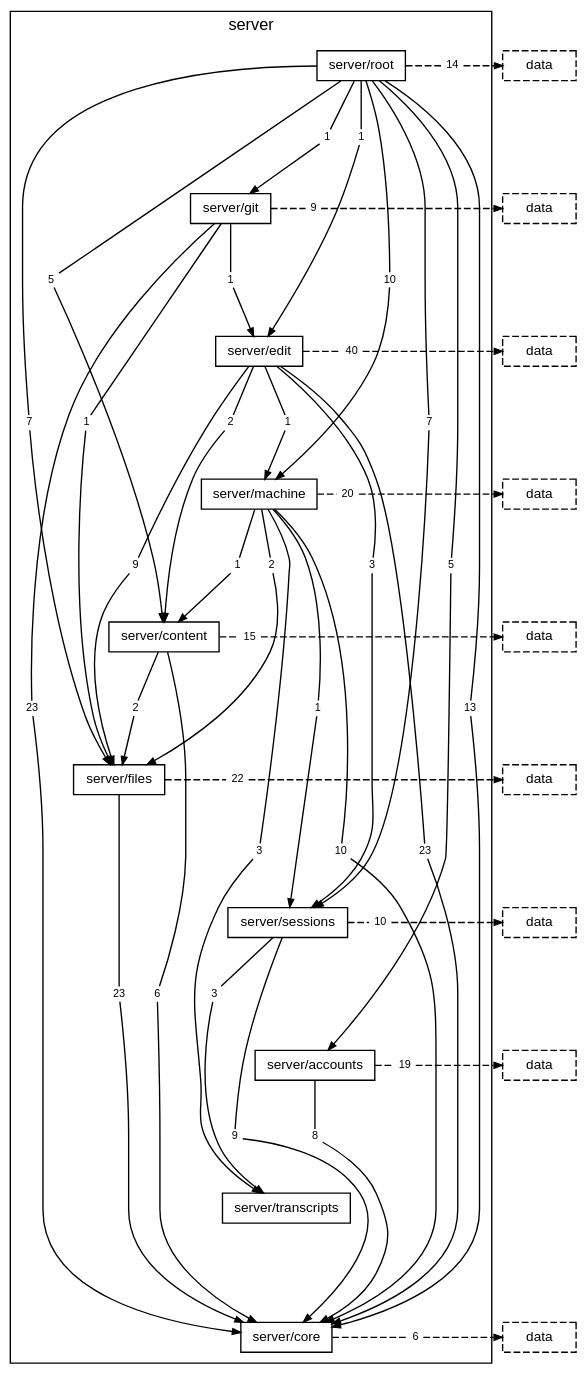
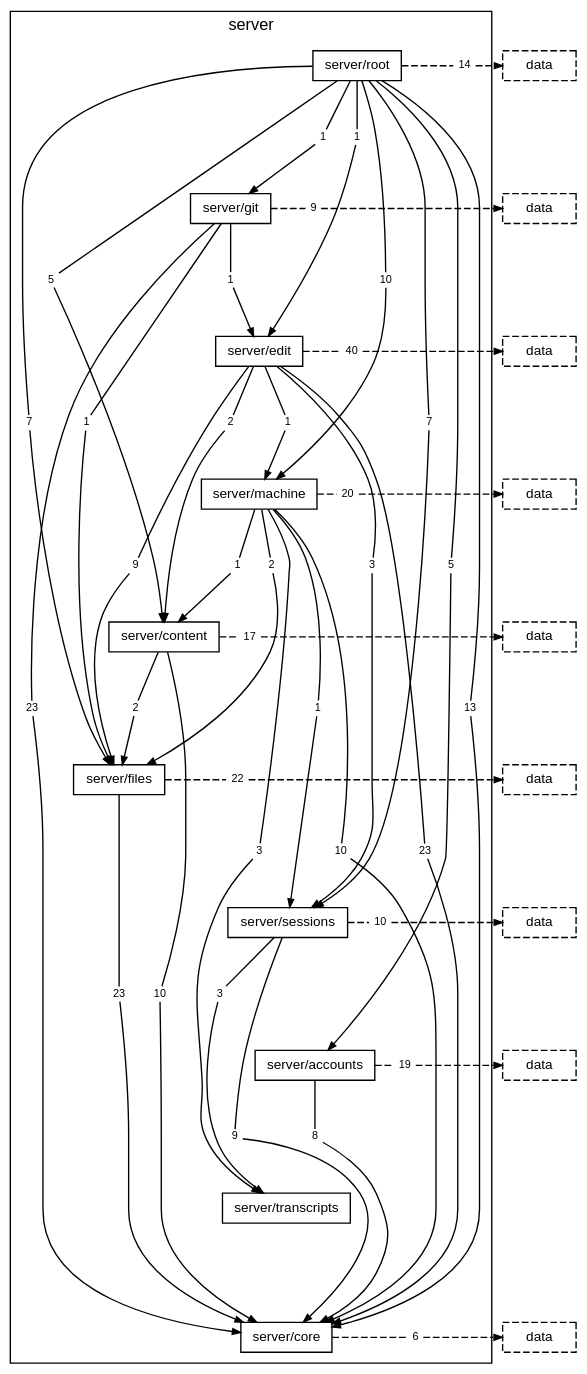
The diagram in docs/diagrams/layer-server.dot (TheAxeC/oculus), drawn with Graphviz before and after one commit. The commit also changed 100 other files, not shown here.

```diff
--- a/docs/diagrams/layer-server.dot
+++ b/docs/diagrams/layer-server.dot
@@ -39,9 +39,9 @@
         "folder server/machine to folder server/sessions" [label="1", shape=box, color="transparent", fontsize=8, width=0, height=0, margin="0.04,0.02"];
         "folder server/machine to folder server/transcripts" [label="3", shape=box, color="transparent", fontsize=8, width=0, height=0, margin="0.04,0.02"];
         "folder server/machine to layer data" [label="20", shape=box, color="transparent", fontsize=8, width=0, height=0, margin="0.04,0.02"];
-        "folder server/content to folder server/core" [label="6", shape=box, color="transparent", fontsize=8, width=0, height=0, margin="0.04,0.02"];
+        "folder server/content to folder server/core" [label="10", shape=box, color="transparent", fontsize=8, width=0, height=0, margin="0.04,0.02"];
         "folder server/content to folder server/files" [label="2", shape=box, color="transparent", fontsize=8, width=0, height=0, margin="0.04,0.02"];
-        "folder server/content to layer data" [label="15", shape=box, color="transparent", fontsize=8, width=0, height=0, margin="0.04,0.02"];
+        "folder server/content to layer data" [label="17", shape=box, color="transparent", fontsize=8, width=0, height=0, margin="0.04,0.02"];
         "folder server/files to folder server/core" [label="23", shape=box, color="transparent", fontsize=8, width=0, height=0, margin="0.04,0.02"];
         "folder server/files to layer data" [label="22", shape=box, color="transparent", fontsize=8, width=0, height=0, margin="0.04,0.02"];
         "folder server/sessions to folder server/core" [label="9", shape=box, color="transparent", fontsize=8, width=0, height=0, margin="0.04,0.02"];
```
